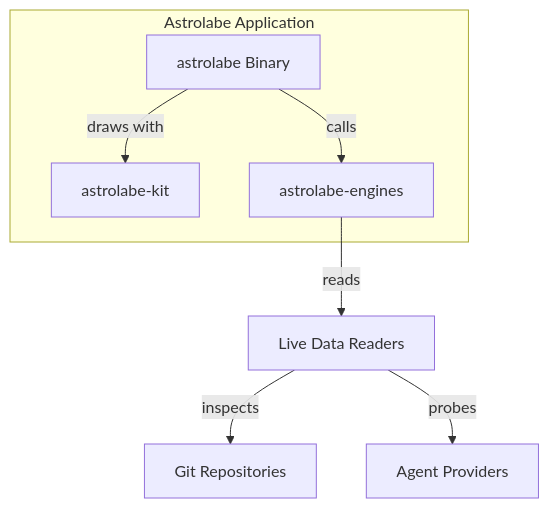
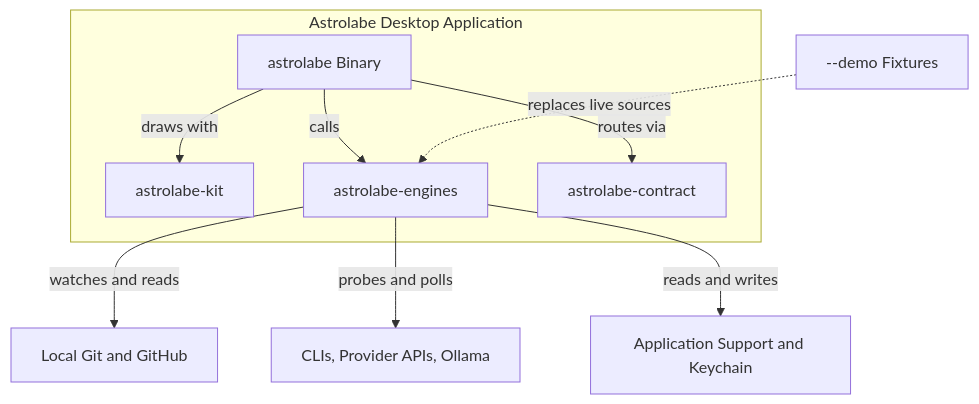
One commit to AhmedKhan-GH/astrolabe changed the first of 2 diagrams in docs/architecture/architecture.md. Above: the diagram before and after it, drawn with Mermaid. The commit also changed other lines of this file and 5 other files, not shown here.

Commit message:
Remove open-core page and rewrite Introduction and Architecture docs

````diff
--- a/docs/architecture/architecture.md
+++ b/docs/architecture/architecture.md
@@ -9,10 +9,12 @@
 ```mermaid
 flowchart TB
-    subgraph host[Astrolabe Application]
+    subgraph desktop[Astrolabe Desktop Application]
         app[astrolabe Binary] -->|draws with| kit[astrolabe-kit]
         app -->|calls| engines[astrolabe-engines]
+        app -->|routes via| contract[astrolabe-contract]
     end
-    engines -->|reads| readers[Live Data Readers]
-    readers -->|inspects| repos[Git Repositories]
-    readers -->|probes| providers[Agent Providers]
+    engines -->|watches and reads| git[Local Git and GitHub]
+    engines -->|probes and polls| agents[CLIs, Provider APIs, Ollama]
+    engines -->|reads and writes| storage[Application Support and Keychain]
+    demo["--demo Fixtures"] -.->|replaces live sources| engines
 ```
````
